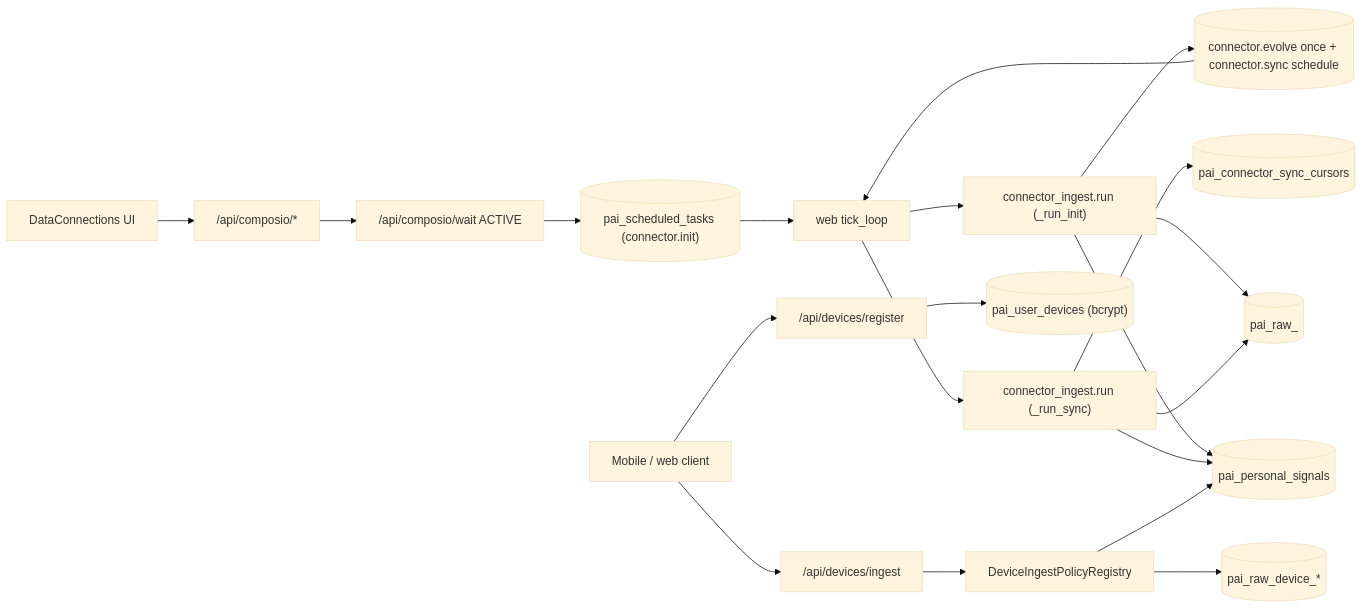
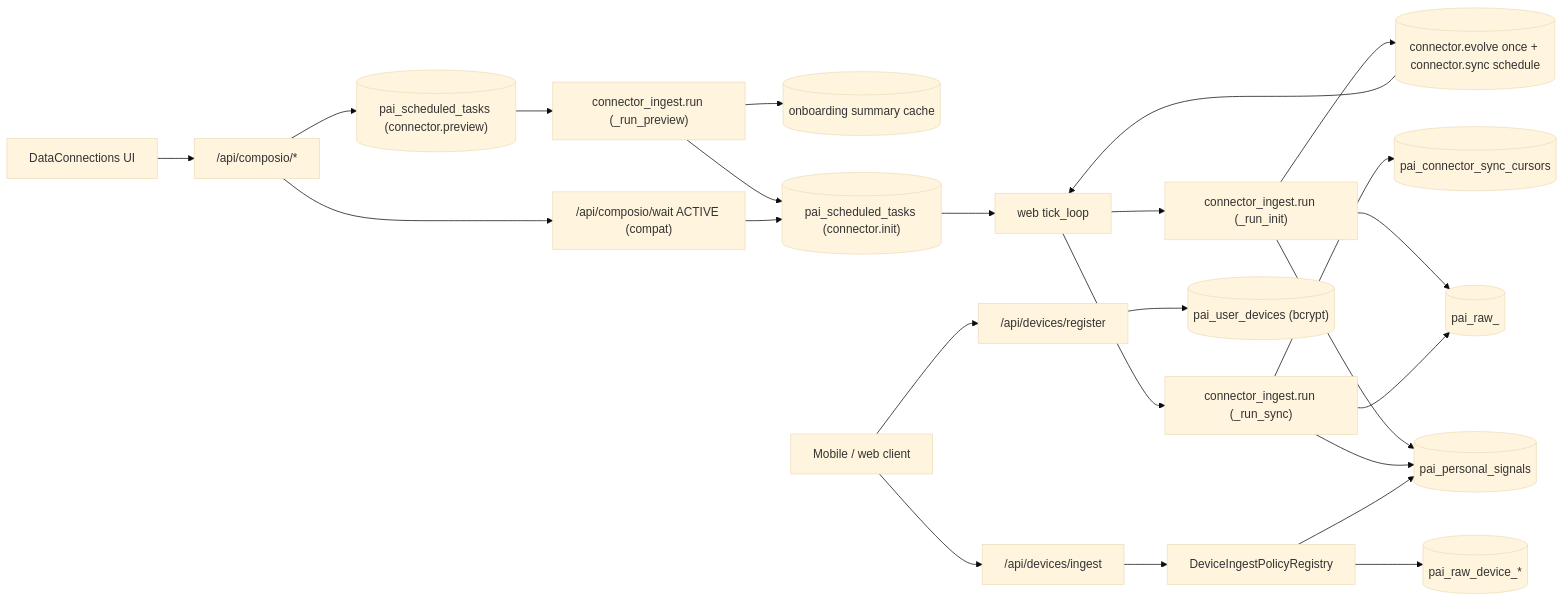
The first of 4 diagrams in docs/modules/data-connectors.mdx (Edge-AI-HQ/proactive-assistant), drawn with Mermaid (base theme) before and after one commit. The commit also changed other lines of this file and 13 other files, not shown here.

Commit message:
feat(onboarding): run connector preview in background

````diff
--- a/docs/modules/data-connectors.mdx
+++ b/docs/modules/data-connectors.mdx
@@ -15,22 +15,26 @@
 ```mermaid
 flowchart LR
   UI["DataConnections UI"] --> Composio["/api/composio/*"]
-  Composio --> Wait["/api/composio/wait ACTIVE"]
-  Wait --> Q[("pai_scheduled_tasks (connector.init)")]
+  Composio --> PreviewQ[("pai_scheduled_tasks (connector.preview)")]
+  PreviewQ --> PreviewH["connector_ingest.run (_run_preview)"]
+  PreviewH --> Summary[("onboarding summary cache")]
+  PreviewH --> Q[("pai_scheduled_tasks (connector.init)")]
+  Composio --> Wait["/api/composio/wait ACTIVE (compat)"]
+  Wait --> Q
   Q --> Sched["web tick_loop"]
   Sched --> InitH["connector_ingest.run (_run_init)"]
   InitH --> Raw[("pai_raw_<toolkit>")]
   InitH --> PS[("pai_personal_signals")]
   InitH --> Q2[("connector.evolve once + connector.sync schedule")]
   Q2 --> Sched
   Sched --> SyncH["connector_ingest.run (_run_sync)"]
   SyncH --> Cursors[("pai_connector_sync_cursors")]
   SyncH --> Raw
   SyncH --> PS
   Mobile["Mobile / web client"] --> Reg["/api/devices/register"]
   Reg --> Devices[("pai_user_devices (bcrypt)")]
   Mobile --> Ingest["/api/devices/ingest"]
   Ingest --> Policy["DeviceIngestPolicyRegistry"]
   Policy --> PS
   Policy --> RawDev[("pai_raw_device_*")]
 ```
````
